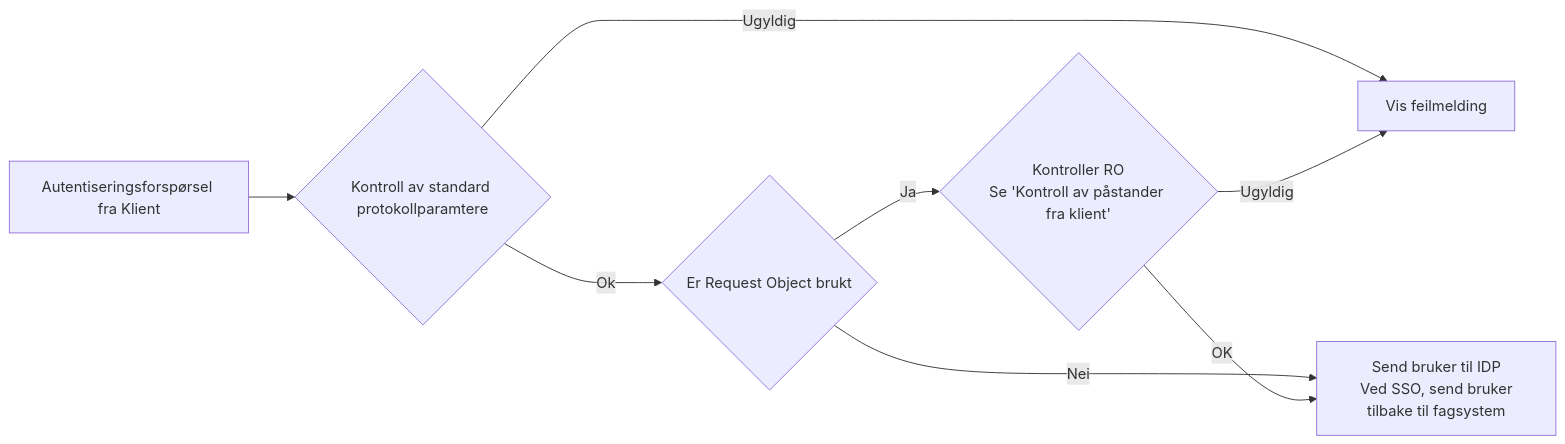
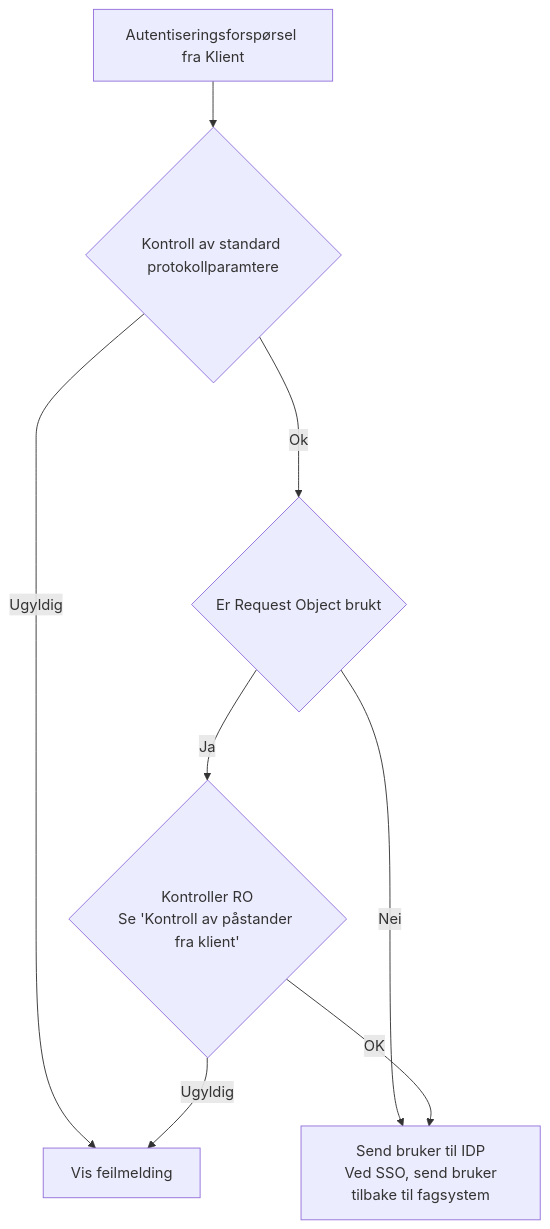
Before and after one commit to NorskHelsenett/Tillitsrammeverk: the second of 4 diagrams in specs/bruk_av_oidc.md, drawn with Mermaid.

Commit message:
Endret retning på flytskjema

````diff
--- a/specs/bruk_av_oidc.md
+++ b/specs/bruk_av_oidc.md
@@ -228,13 +228,13 @@
 ```mermaid
-flowchart LR
+flowchart TD
   Error[Vis feilmelding]
   Param{Kontroll av standard protokollparamtere}
   S[Autentiseringsforspørsel fra Klient] --> Param
   Param-- Ugyldig --> Error 
   Param-- Ok --->RO{Er Request Object brukt}
   RO-- Ja -->V_RO{Kontroller RO\nSe 'Kontroll av påstander fra klient'} 
   RO-- Nei -->IDP
   V_RO-- OK --> IDP[Send bruker til IDP\n Ved SSO, send bruker tilbake til fagsystem]
   V_RO-- Ugyldig --> Error
 
 ```
````
